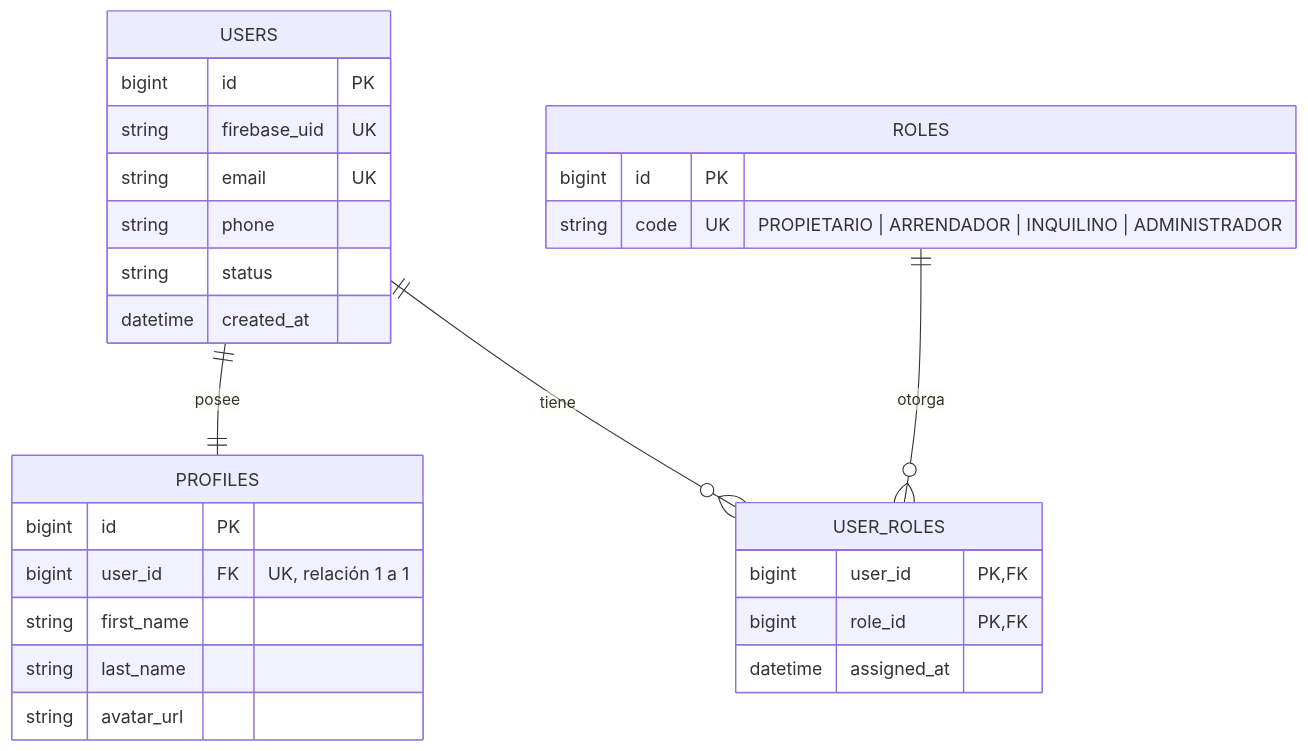
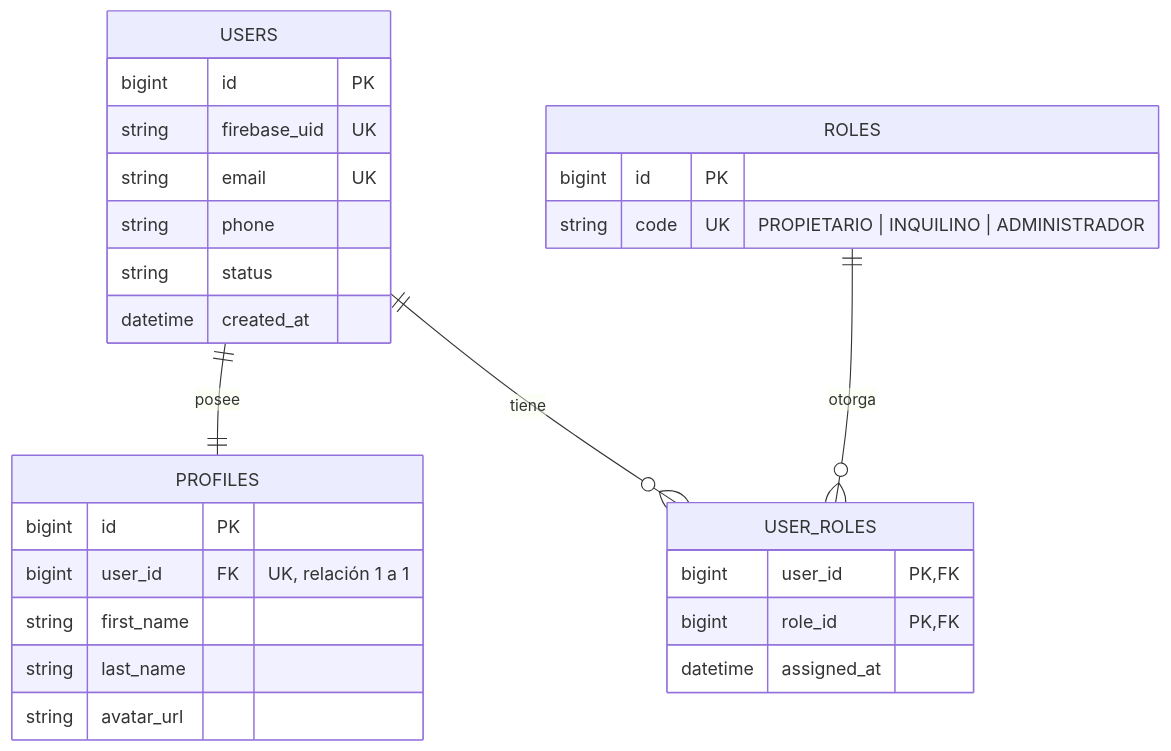
Before and after one commit to upc-pre-1ASI0657-9222-HydroSmart/Report: the second of 9 diagrams in README.md, drawn with Mermaid. The commit also changed other lines of this file, not shown here.

Commit message:
docs: asegurar consistencia en Punto 6 y eliminar residuos de arrendador en 4.1.5

````diff
--- a/README.md
+++ b/README.md
@@ -168,31 +168,31 @@
 ```mermaid
 erDiagram
     USERS ||--|| PROFILES : "posee"
     USERS ||--o{ USER_ROLES : "tiene"
     ROLES ||--o{ USER_ROLES : "otorga"
 
     USERS {
         bigint id PK
         string firebase_uid UK
         string email UK
         string phone
         string status
         datetime created_at
     }
     PROFILES {
         bigint id PK
         bigint user_id FK "UK, relación 1 a 1"
         string first_name
         string last_name
         string avatar_url
     }
     ROLES {
         bigint id PK
-        string code UK "PROPIETARIO | ARRENDADOR | INQUILINO | ADMINISTRADOR"
+        string code UK "PROPIETARIO | INQUILINO | ADMINISTRADOR"
     }
     USER_ROLES {
         bigint user_id PK,FK
         bigint role_id PK,FK
         datetime assigned_at
     }
 ```
````
